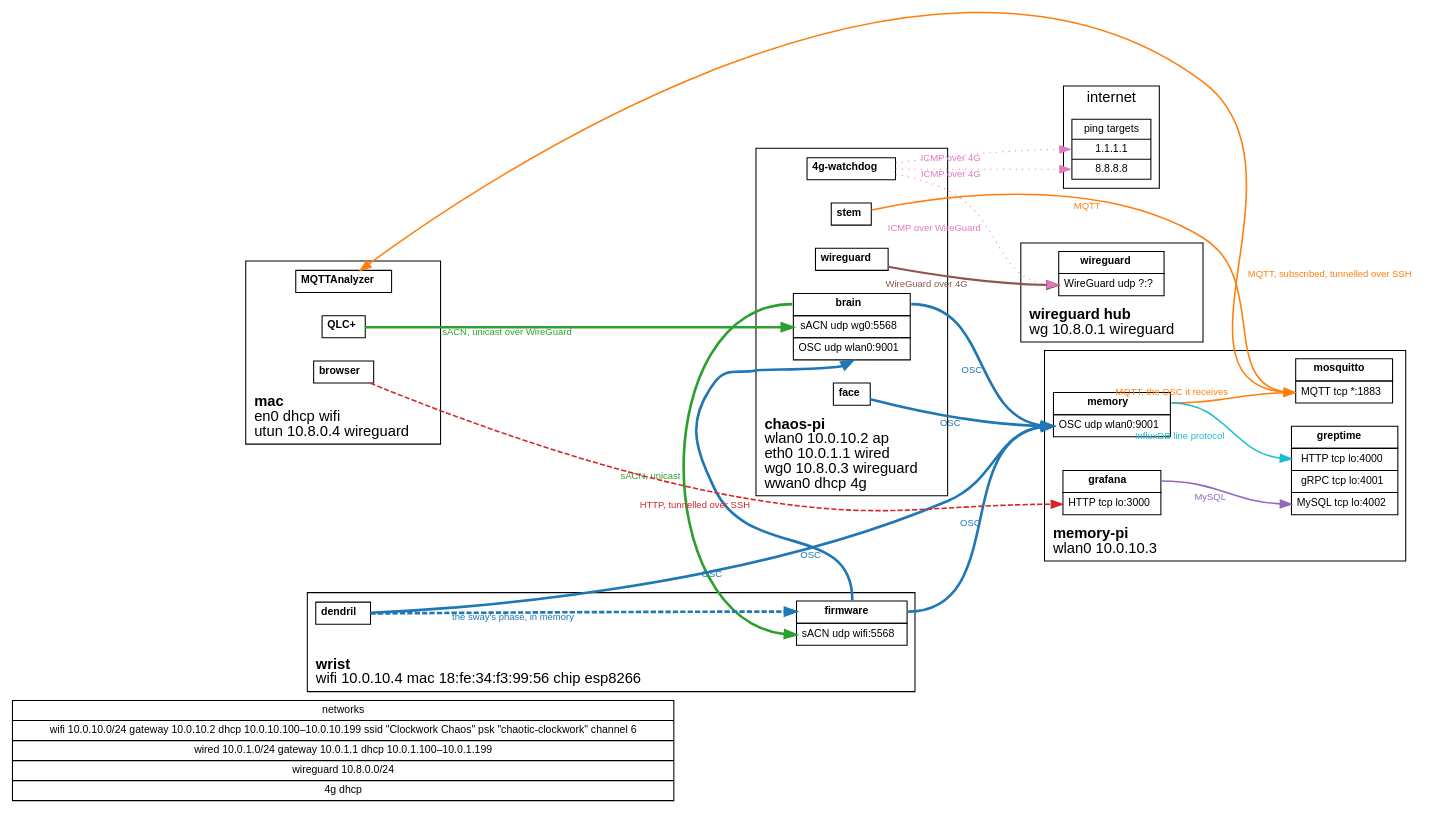
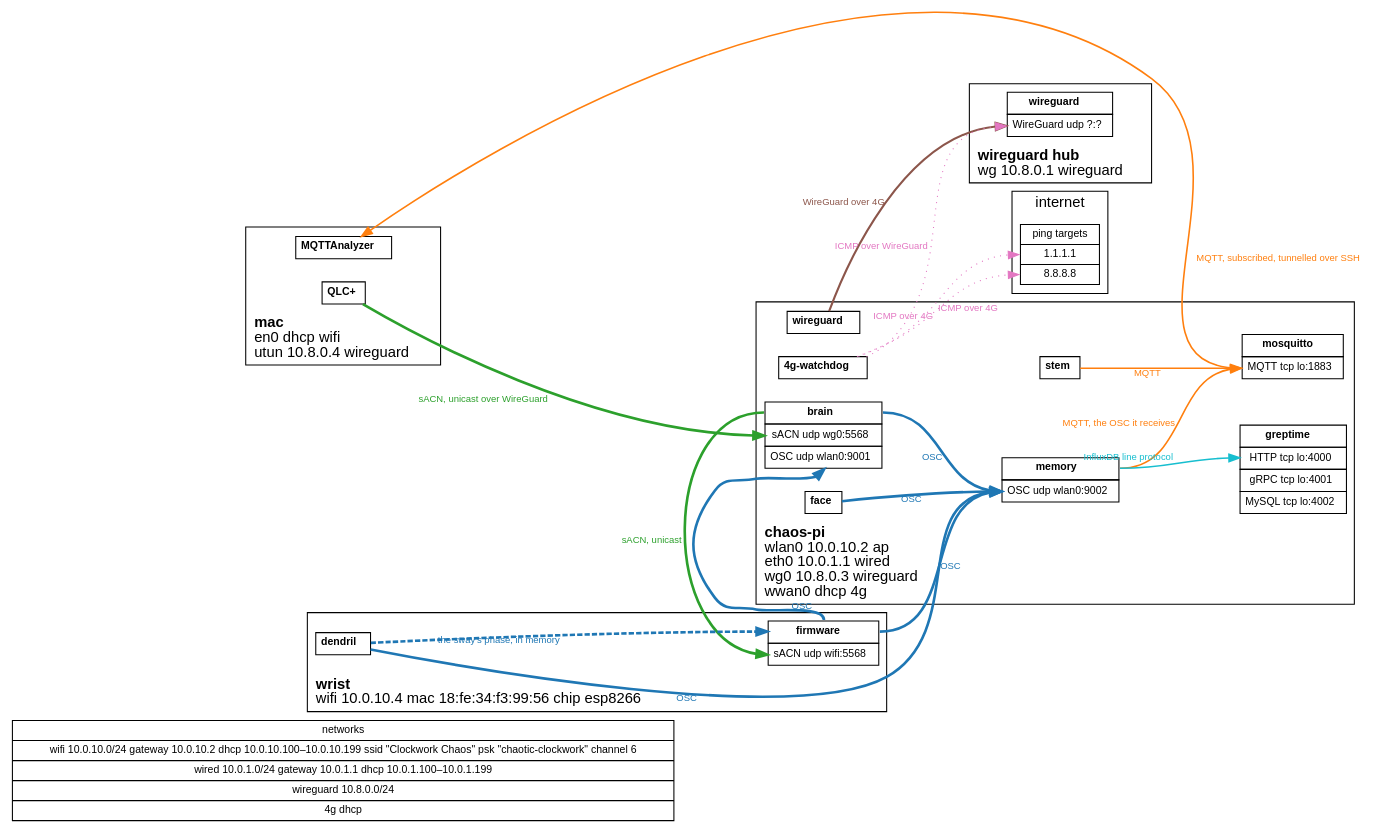
Before and after one commit to kjkoster/tensegrity-open-claw: the diagram in clockwork.dot, drawn with Graphviz. The commit also changed 23 other files, not shown here.

```diff
--- a/clockwork.dot
+++ b/clockwork.dot
@@ -35,7 +35,9 @@
 //                           to show the flow. sACN carries the one universe clockwork.qxw
 //                           sets, so its edges do not name it. sACN is unicast only:
 //                           one edge per sender and recipient, sent to the recipient's
-//                           address on the network they share. Edges sit in one
+//                           address on the network they share. An edge between two services
+//                           on one device goes to the address its head binds, loopback for
+//                           `*`. Edges sit in one
 //                           subgraph per protocol, named after it, which also sets its colour
 //                           and line style. Services compiled into one program share memory
 //                           rather than a network: their edges run title to title, in
@@ -74,32 +76,19 @@
         chaos_pi_watchdog [label=<<table border="0" cellborder="1" cellspacing="0" cellpadding="4">
             <tr><td port="title"><b>4g-watchdog</b></td></tr>
         </table>>];
-    }
-
-    subgraph cluster_memory_pi {
-        label=<<b>memory-pi</b><br align="left"/>wlan0 10.0.10.3<br align="left"/>>;
-        labelloc="b";
-        labeljust="l";
-
-        node [shape=plain];
-
-        memory_pi_mosquitto [label=<<table border="0" cellborder="1" cellspacing="0" cellpadding="4">
+        chaos_pi_mosquitto [label=<<table border="0" cellborder="1" cellspacing="0" cellpadding="4">
             <tr><td port="title"><b>mosquitto</b></td></tr>
-            <tr><td port="mqtt">MQTT tcp *:1883</td></tr>
+            <tr><td port="mqtt">MQTT tcp lo:1883</td></tr>
         </table>>];
-        memory_pi_memory [label=<<table border="0" cellborder="1" cellspacing="0" cellpadding="4">
+        chaos_pi_memory [label=<<table border="0" cellborder="1" cellspacing="0" cellpadding="4">
             <tr><td port="title"><b>memory</b></td></tr>
-            <tr><td port="osc">OSC udp wlan0:9001</td></tr>
+            <tr><td port="osc">OSC udp wlan0:9002</td></tr>
         </table>>];
-        memory_pi_greptime [label=<<table border="0" cellborder="1" cellspacing="0" cellpadding="4">
+        chaos_pi_greptime [label=<<table border="0" cellborder="1" cellspacing="0" cellpadding="4">
             <tr><td port="title"><b>greptime</b></td></tr>
             <tr><td port="http">HTTP tcp lo:4000</td></tr>
             <tr><td port="grpc">gRPC tcp lo:4001</td></tr>
             <tr><td port="mysql">MySQL tcp lo:4002</td></tr>
-        </table>>];
-        memory_pi_grafana [label=<<table border="0" cellborder="1" cellspacing="0" cellpadding="4">
-            <tr><td port="title"><b>grafana</b></td></tr>
-            <tr><td port="http">HTTP tcp lo:3000</td></tr>
         </table>>];
     }
 
@@ -128,9 +117,6 @@
 
         mac_qlc [label=<<table border="0" cellborder="1" cellspacing="0" cellpadding="4">
             <tr><td port="title"><b>QLC+</b></td></tr>
-        </table>>];
-        mac_browser [label=<<table border="0" cellborder="1" cellspacing="0" cellpadding="4">
-            <tr><td port="title"><b>browser</b></td></tr>
         </table>>];
         mac_mqttanalyzer [label=<<table border="0" cellborder="1" cellspacing="0" cellpadding="4">
             <tr><td port="title"><b>MQTTAnalyzer</b></td></tr>
@@ -167,10 +153,10 @@
     subgraph osc {
         edge [color="#1f77b4", fontcolor="#1f77b4", penwidth=2.5];
         wrist_firmware:title -> chaos_pi_brain:osc       [xlabel="OSC"];
-        wrist_firmware:title -> memory_pi_memory:osc     [xlabel="OSC"];
-        wrist_dendril:title  -> memory_pi_memory:osc     [xlabel="OSC"];
-        chaos_pi_brain:title -> memory_pi_memory:osc     [xlabel="OSC"];
-        chaos_pi_face:title  -> memory_pi_memory:osc     [xlabel="OSC"];
+        wrist_firmware:title -> chaos_pi_memory:osc      [xlabel="OSC"];
+        wrist_dendril:title  -> chaos_pi_memory:osc      [xlabel="OSC"];
+        chaos_pi_brain:title -> chaos_pi_memory:osc      [xlabel="OSC"];
+        chaos_pi_face:title  -> chaos_pi_memory:osc      [xlabel="OSC"];
     }
 
     subgraph in_process {
@@ -180,24 +166,14 @@
 
     subgraph mqtt {
         edge [color="#ff7f0e", fontcolor="#ff7f0e", penwidth=1.5];
-        chaos_pi_stem:title      -> memory_pi_mosquitto:mqtt [xlabel="MQTT"];
-        memory_pi_memory:title   -> memory_pi_mosquitto:mqtt [xlabel="MQTT, the OSC it receives"];
-        mac_mqttanalyzer:title   -> memory_pi_mosquitto:mqtt [xlabel="MQTT, subscribed, tunnelled over SSH", dir=back];
+        chaos_pi_stem:title      -> chaos_pi_mosquitto:mqtt [xlabel="MQTT"];
+        chaos_pi_memory:title    -> chaos_pi_mosquitto:mqtt [xlabel="MQTT, the OSC it receives"];
+        mac_mqttanalyzer:title   -> chaos_pi_mosquitto:mqtt [xlabel="MQTT, subscribed, tunnelled over SSH", dir=back];
     }
 
     subgraph influx {
         edge [color="#17becf", fontcolor="#17becf", penwidth=1.5];
-        memory_pi_memory:title -> memory_pi_greptime:http [xlabel="InfluxDB line protocol"];
-    }
-
-    subgraph mysql {
-        edge [color="#9467bd", fontcolor="#9467bd", penwidth=1.5];
-        memory_pi_grafana:title -> memory_pi_greptime:mysql [xlabel="MySQL"];
-    }
-
-    subgraph http {
-        edge [color="#d62728", fontcolor="#d62728", penwidth=1.5, style=dashed];
-        mac_browser:title -> memory_pi_grafana:http [xlabel="HTTP, tunnelled over SSH"];
+        chaos_pi_memory:title -> chaos_pi_greptime:http [xlabel="InfluxDB line protocol"];
     }
 
     subgraph wireguard {
```
